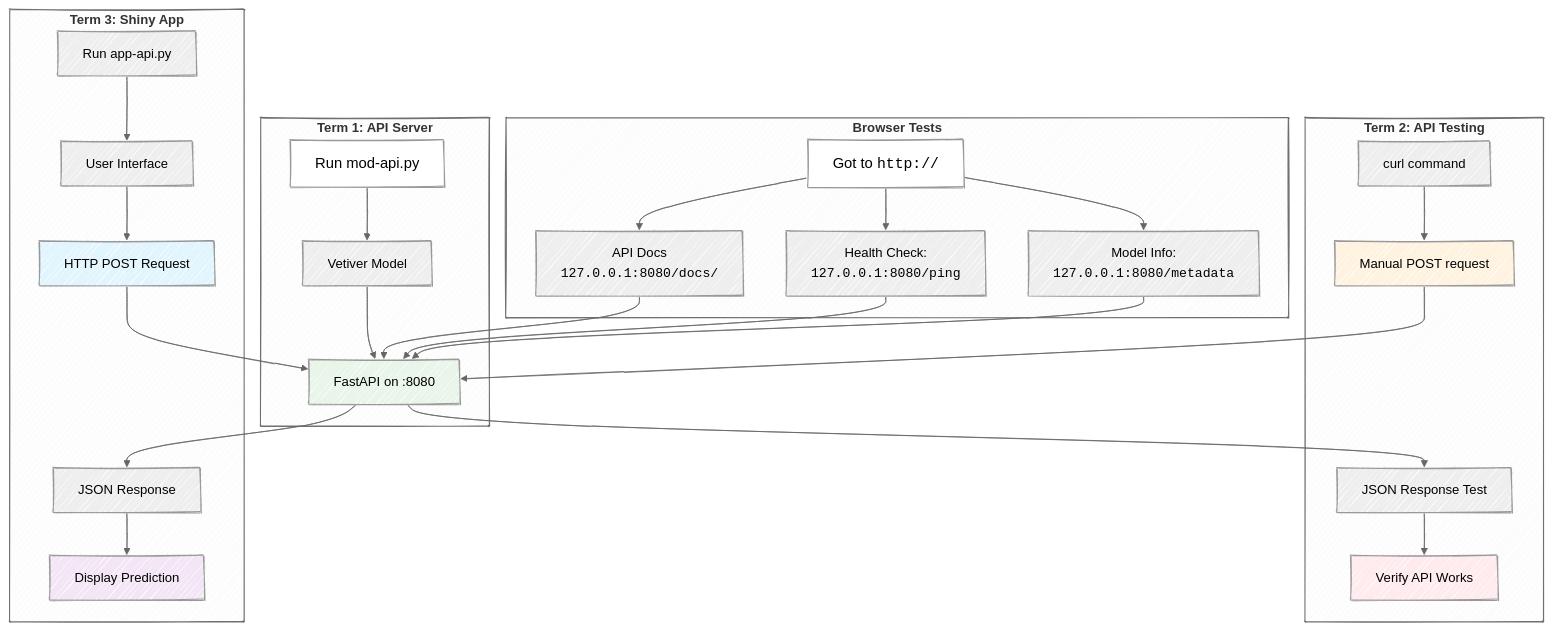
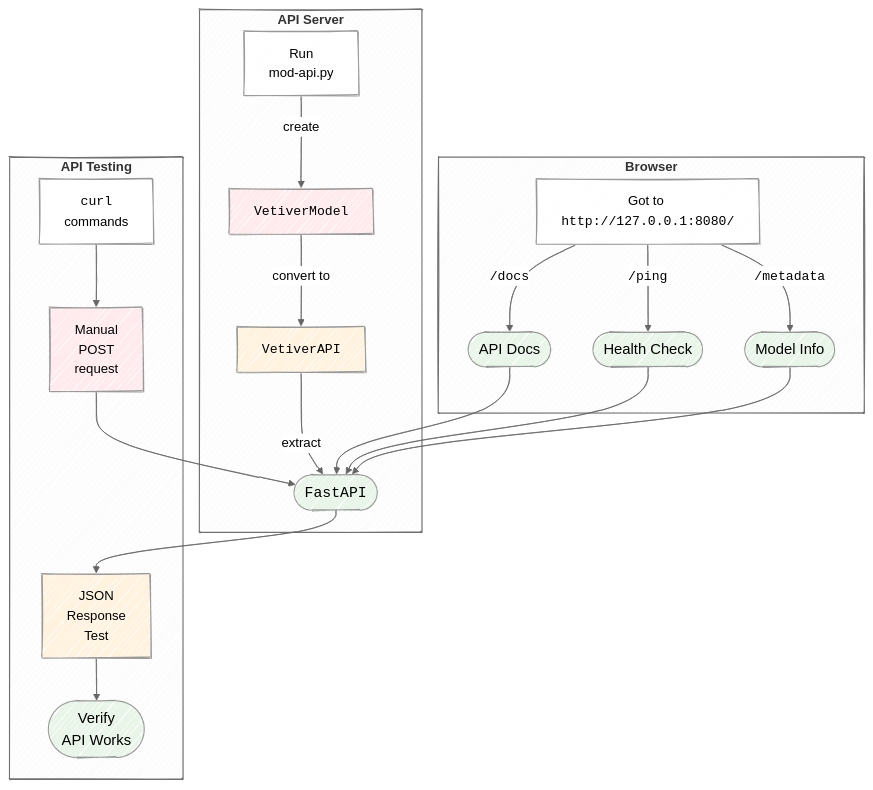
One commit to mjfrigaard/do4ds-labs changed the second of 3 diagrams in py-app-api.qmd. Above: the diagram before and after it, drawn with Mermaid. The commit also changed other lines of this file and 14 other files, not shown here.

````diff
--- a/py-app-api.qmd
+++ b/py-app-api.qmd
@@ -35,41 +386,53 @@
 ```{mermaid}
-%%| fig-cap: 'Our Python model pipeline'
+%%| fig-cap: 'Vetiver API creation & testing'
 %%| fig-align: center
-%%{init: {'theme': 'neutral', 'look': 'handDrawn', 'themeVariables': { 'fontFamily': 'monospace', "fontSize":"16px"}}}%%
-graph TB
-    subgraph T1["<strong>Term 1: API Server</strong>"]
-        RunApi["Run mod-api.py"] --> VetMod["Vetiver Model"]
-        VetMod --> FastAPI["FastAPI on :8080"]
+%%{init: {'theme': 'neutral', 'look': 'handDrawn', 'themeVariables': { 'fontFamily': 'monospace'}}}%%
+graph TD
+    subgraph T1["<strong>API Server</strong>"]
+        RunApi["Run<br>mod-api.py"] --"create"--> VetMod["<code>VetiverModel</code>"]
+        VetMod --"convert to"--> VetAPI["<code>VetiverAPI</code>"]
+        VetAPI --"extract"--> FastAPI(["<code>FastAPI</code>"])
     end
     
-    subgraph T2["<strong>Term 2: API Testing</strong>"]
-        Curl["curl command"] --> ManPostReq["Manual POST request"]
+    subgraph T2["<strong>API Testing</strong>"]
+        Curl["<code>curl</code><br>commands"] --> ManPostReq["Manual<br>POST<br>request"]
         ManPostReq --> FastAPI
-        FastAPI --> JSONReq["JSON Response Test"]
-        JSONReq --> VerAPI["Verify API Works"]
+        FastAPI --> JSONReq["JSON<br>Response<br>Test"]
+        JSONReq --> VerAPI(["Verify<br>API Works"])
     end
     
-    subgraph T3["<strong>Term 3: Shiny App</strong>"]
-        RunApp["Run app-api.py"] --> UI["User Interface"]
-        UI --> HttpPostReq["HTTP POST Request"]
-        HttpPostReq --> FastAPI
-        FastAPI --> JSONResp["JSON Response"]
-        JSONResp --> DispPred["Display Prediction"]
-    end
-    
-    subgraph Browse["<strong>Browser Tests</strong>"]
-        Http["Got to <code>http://</code>"] --> Docs["API Docs<br><code>127.0.0.1:8080/docs/<code>"]
-        Http --> Health["Health Check:<br><code>127.0.0.1:8080/ping</code>"]
-        Http --> Info["Model Info:<br><code>127.0.0.1:8080/metadata</code>"]
+   subgraph Browse["<strong>Browser</strong>"]
+        Http["`Got to <code>http://</code><code>127.0.0.1:8080/</code>`"] --"<code>/docs</code>"--> Docs(["API Docs"])
+        Http --"<code>/ping</code>"--> Health(["Health Check"])
+        Http --"<code>/metadata</code>"--> Info(["Model Info"])
         Docs & Health & Info --> FastAPI
     end
+
+    style Http fill:#FFF,color:#000,rx:20,ry:20,font-size:16px
+    style RunApi fill:#FFF,color:#000,rx:20,ry:20,font-size:16px
+    style Curl fill:#FFF,color:#000,rx:20,ry:20,font-size:16px
     
-    style Http fill:#FFF,color:#000,rx:20,ry:20,font-size:18px
-    style RunApi fill:#FFF,color:#000,rx:20,ry:20,font-size:18px
+    style VetMod fill:#ffebee
+    style ManPostReq fill:#ffebee
+
+    style JSONReq fill:#fff3e0
+    style VetAPI fill:#fff3e0
     
-    style FastAPI fill:#e8f5e8
-    style HttpPostReq fill:#e1f5fe
-    style ManPostReq fill:#fff3e0
-    style DispPred fill:#f3e5f5
-    style VerAPI fill:#ffebee
+    style VerAPI fill:#e8f5e8,font-size:18px
+    style FastAPI fill:#e8f5e8,font-size:18px
+    style Docs fill:#e8f5e8,font-size:18px
+    style Health fill:#e8f5e8,font-size:18px
+    style Info fill:#e8f5e8,font-size:18px
+
+    %% subgraph T3["<strong>Shiny App</strong>"]
+    %%     RunApp["Run<br>app-api.py"] --> UI["User<br>Interface"]
+    %%     UI --> HttpPostReq["HTTP<br>POST<br>Request"]
+    %%     HttpPostReq --> FastAPI
+    %%     FastAPI --> JSONResp["JSON<br>Response"]
+    %%     JSONResp --> DispPred["Display<br>Prediction"]
+    %% end
+
+    %% style RunApp fill:#FFF,color:#000,rx:20,ry:20,font-size:16px 
+    %% style HttpPostReq fill:#e1f5fe
+    %% style DispPred fill:#f3e5f5
 ```
````
